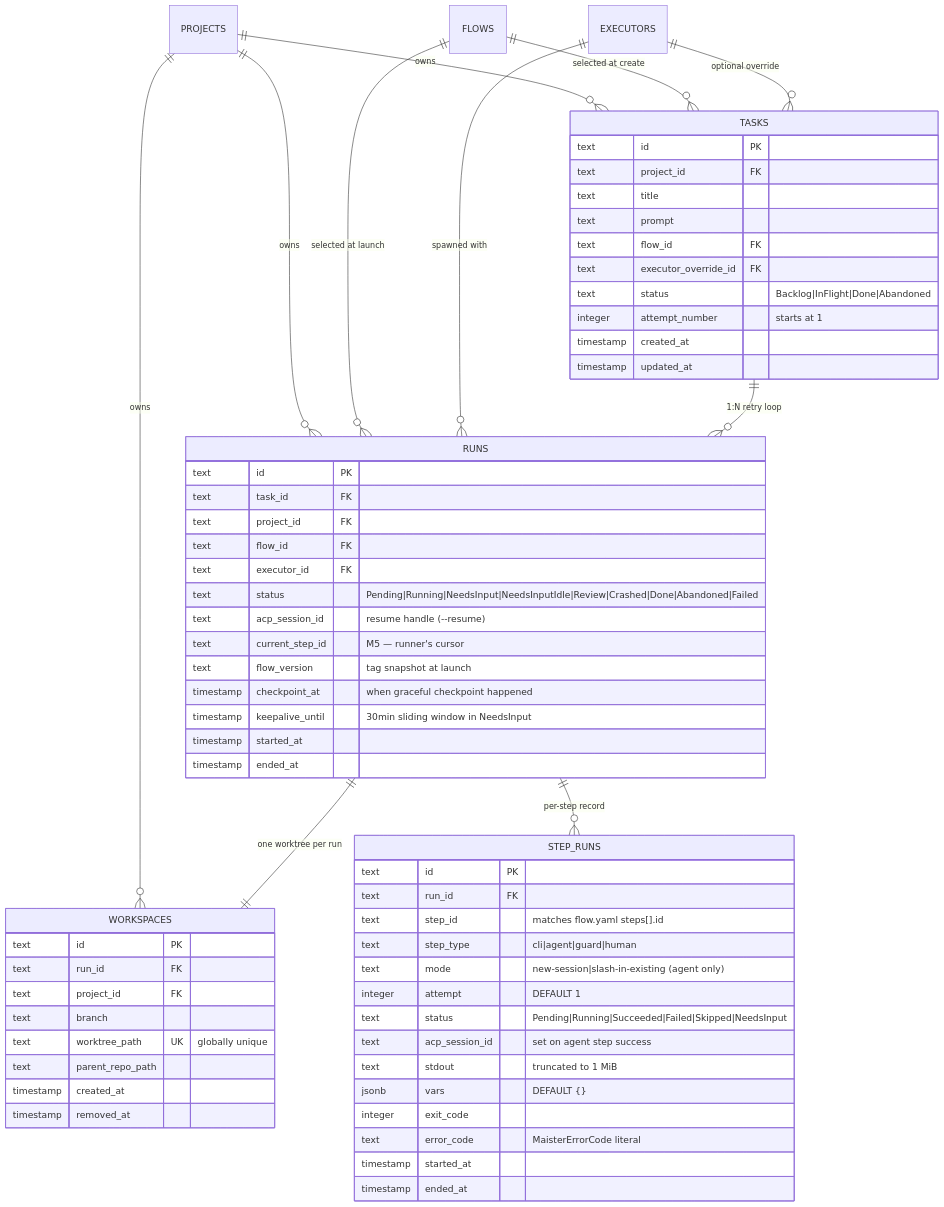
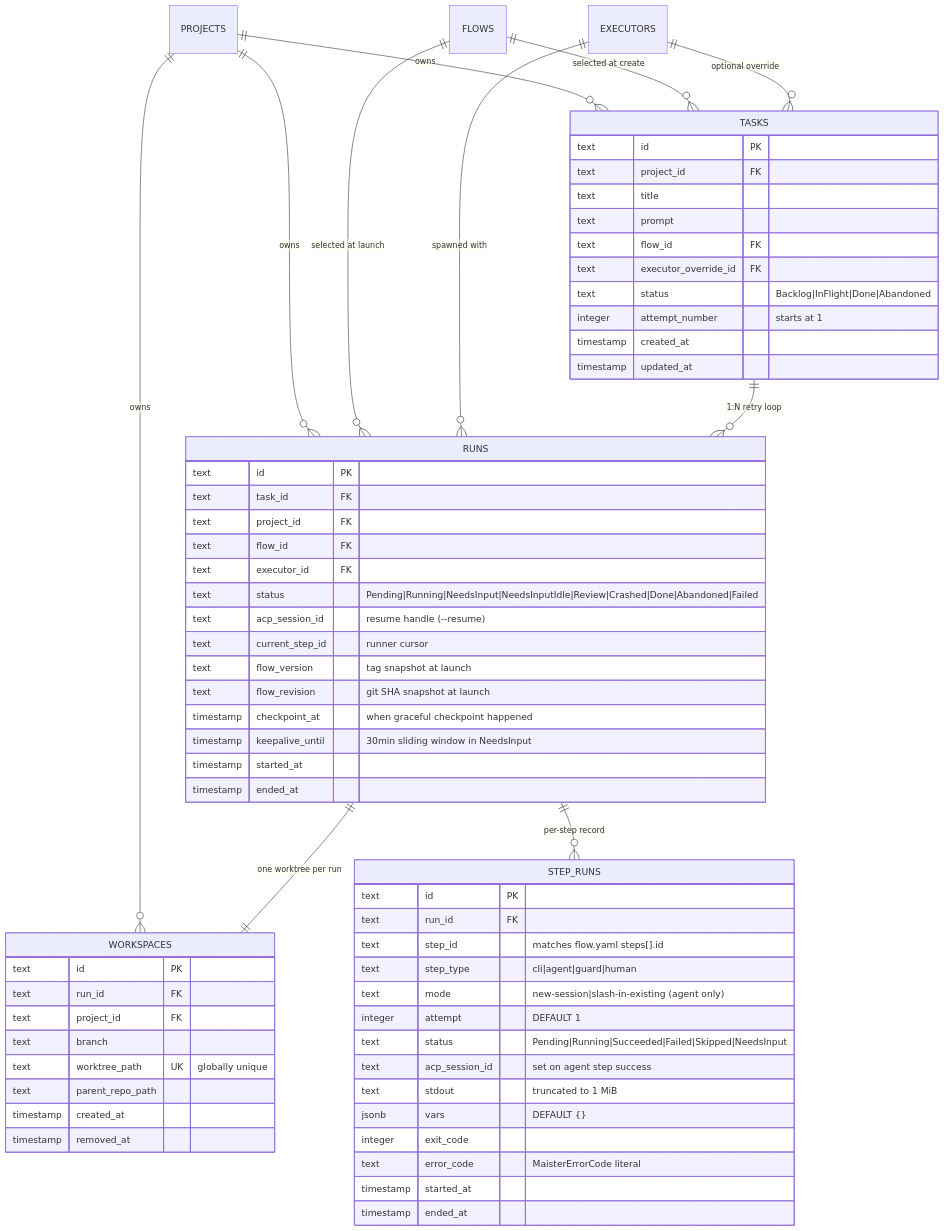
The diagram in docs/db/runs-domain.md (maister-dev/maister), drawn with Mermaid before and after one commit. The commit also changed other lines of this file and 46 other files, not shown here.

````diff
--- a/docs/db/runs-domain.md
+++ b/docs/db/runs-domain.md
@@ -9,70 +9,71 @@
 ```mermaid
 erDiagram
     PROJECTS ||--o{ TASKS : "owns"
     PROJECTS ||--o{ RUNS : "owns"
     PROJECTS ||--o{ WORKSPACES : "owns"
     FLOWS ||--o{ TASKS : "selected at create"
     FLOWS ||--o{ RUNS : "selected at launch"
     EXECUTORS ||--o{ TASKS : "optional override"
     EXECUTORS ||--o{ RUNS : "spawned with"
     TASKS ||--o{ RUNS : "1:N retry loop"
     RUNS ||--|| WORKSPACES : "one worktree per run"
     RUNS ||--o{ STEP_RUNS : "per-step record"
 
     TASKS {
         text id PK
         text project_id FK
         text title
         text prompt
         text flow_id FK
         text executor_override_id FK
         text status "Backlog|InFlight|Done|Abandoned"
         integer attempt_number "starts at 1"
         timestamp created_at
         timestamp updated_at
     }
 
     RUNS {
         text id PK
         text task_id FK
         text project_id FK
         text flow_id FK
         text executor_id FK
         text status "Pending|Running|NeedsInput|NeedsInputIdle|Review|Crashed|Done|Abandoned|Failed"
         text acp_session_id "resume handle (--resume)"
-        text current_step_id "M5 — runner's cursor"
+        text current_step_id "runner cursor"
         text flow_version "tag snapshot at launch"
+        text flow_revision "git SHA snapshot at launch"
         timestamp checkpoint_at "when graceful checkpoint happened"
         timestamp keepalive_until "30min sliding window in NeedsInput"
         timestamp started_at
         timestamp ended_at
     }
 
     WORKSPACES {
         text id PK
         text run_id FK
         text project_id FK
         text branch
         text worktree_path UK "globally unique"
         text parent_repo_path
         timestamp created_at
         timestamp removed_at
     }
 
     STEP_RUNS {
         text id PK
         text run_id FK
         text step_id "matches flow.yaml steps[].id"
         text step_type "cli|agent|guard|human"
         text mode "new-session|slash-in-existing (agent only)"
         integer attempt "DEFAULT 1"
         text status "Pending|Running|Succeeded|Failed|Skipped|NeedsInput"
         text acp_session_id "set on agent step success"
         text stdout "truncated to 1 MiB"
         jsonb vars "DEFAULT {}"
         integer exit_code
         text error_code "MaisterErrorCode literal"
         timestamp started_at
         timestamp ended_at
     }
 ```
````
